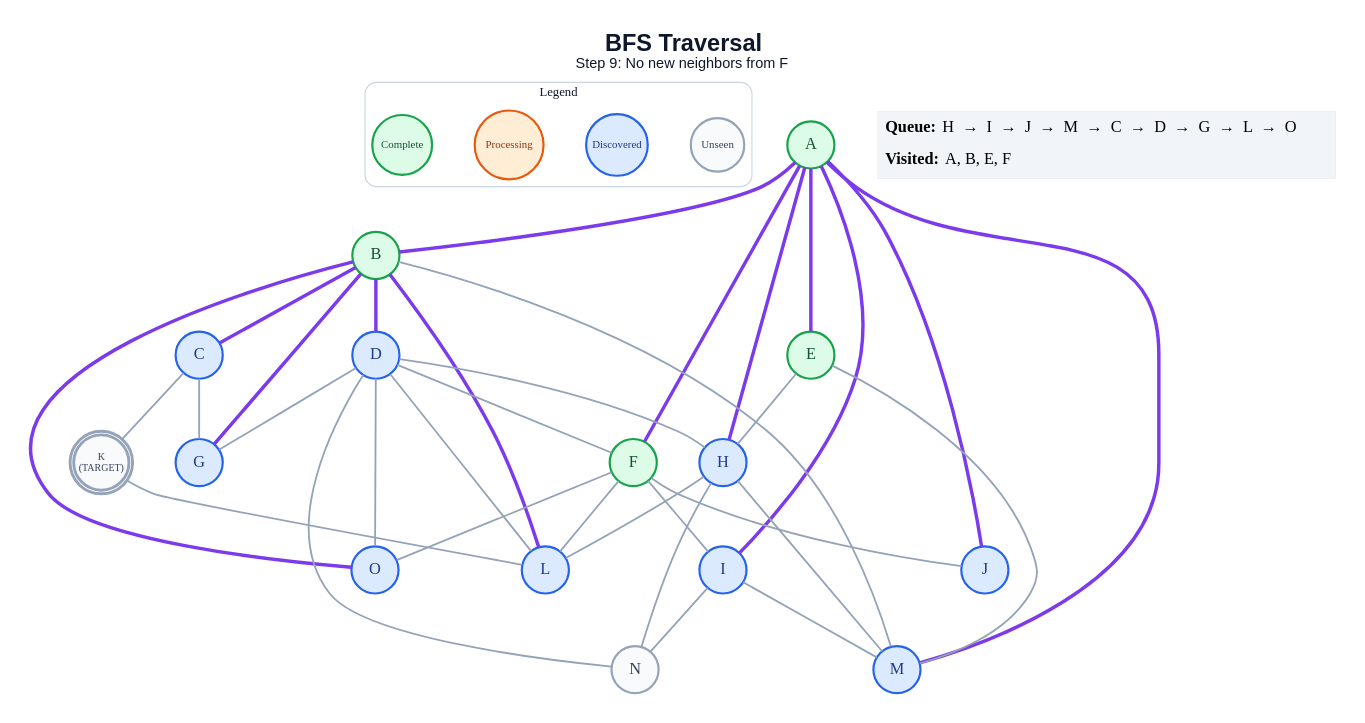
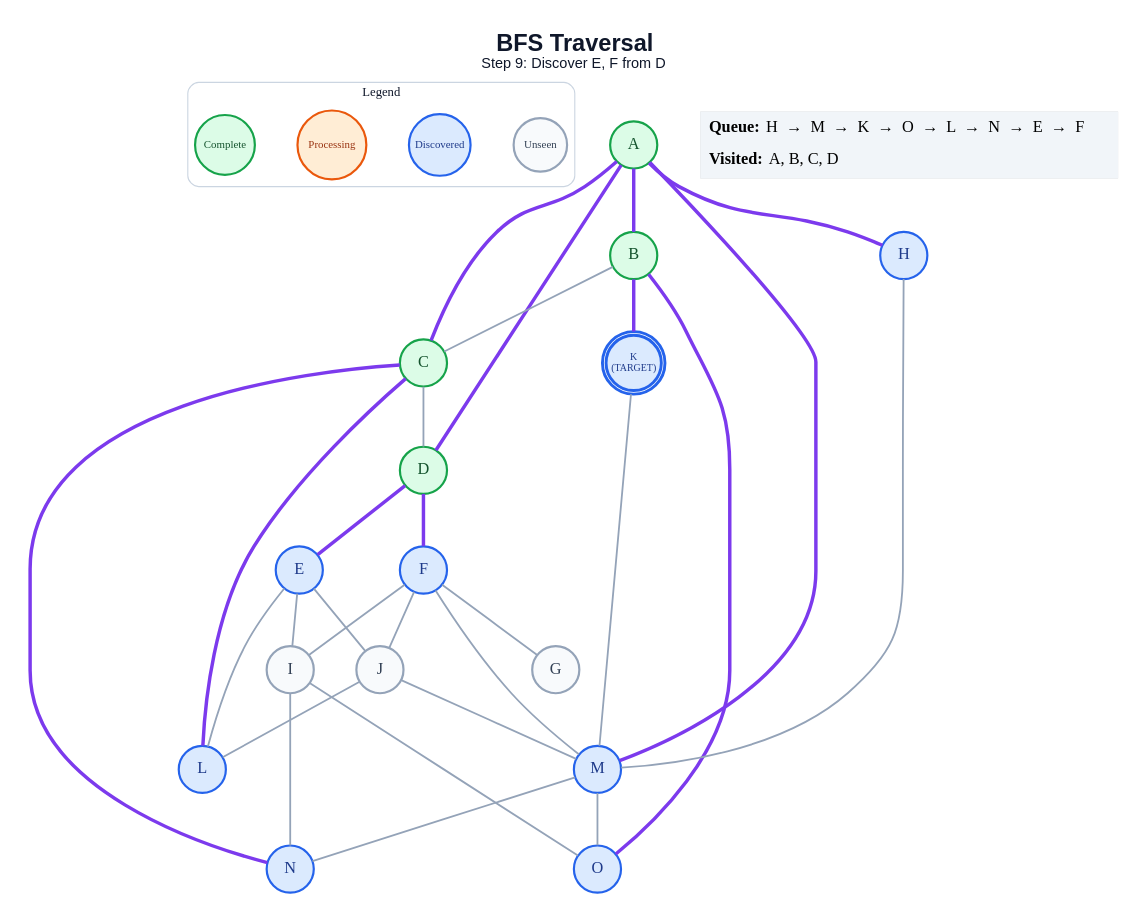
One commit to anon7238593-create/ai-slop changed the diagram in generated/specific-node/bfs/step_09.dot. Above: the diagram before and after it, drawn with Graphviz. The commit also changed 241 other files, not shown here.

```diff
--- a/generated/specific-node/bfs/step_09.dot
+++ b/generated/specific-node/bfs/step_09.dot
@@ -1,67 +1,62 @@
 graph traversal {
   graph [layout=dot, rankdir=TB, bgcolor="#FFFFFF", pad="0.35", nodesep="0.65", ranksep="0.8", fontname="Arial"];
   node [shape=circle, style="filled", fontname="Arial Bold", fontsize=18, width=0.72, fixedsize=true, penwidth=2.4];
   edge [color="#94A3B8", penwidth=2.0];
-  label=<<B>BFS Traversal</B><BR/><FONT POINT-SIZE="16">Step 9: No new neighbors from F</FONT>>; labelloc="t"; fontsize=26; fontname="Arial"; fontcolor="#0F172A";
+  label=<<B>BFS Traversal</B><BR/><FONT POINT-SIZE="16">Step 9: Discover E, F from D</FONT>>; labelloc="t"; fontsize=26; fontname="Arial"; fontcolor="#0F172A";
   subgraph cluster_legend { label="Legend"; color="#CBD5E1"; penwidth=1.2; style="rounded"; fontsize=14; fontname="Arial Bold";
     key_unseen [label="Unseen", fillcolor="#F8FAFC", color="#94A3B8", fontcolor="#334155", fontsize=12, width=0.82];
     key_frontier [label="Discovered", fillcolor="#DBEAFE", color="#2563EB", fontcolor="#1E3A8A", fontsize=12, width=0.95];
     key_current [label="Processing", fillcolor="#FFEDD5", color="#EA580C", fontcolor="#9A3412", fontsize=12, width=1.05];
     key_done [label="Complete", fillcolor="#DCFCE7", color="#16A34A", fontcolor="#14532D", fontsize=12, width=0.92];
     { rank=same; key_unseen; key_frontier; key_current; key_done; }
   }
   A [label="A", fillcolor="#DCFCE7", color="#16A34A", fontcolor="#14532D", peripheries=1, penwidth=2.4];
   B [label="B", fillcolor="#DCFCE7", color="#16A34A", fontcolor="#14532D", peripheries=1, penwidth=2.4];
-  C [label="C", fillcolor="#DBEAFE", color="#2563EB", fontcolor="#1E3A8A", peripheries=1, penwidth=2.4];
-  D [label="D", fillcolor="#DBEAFE", color="#2563EB", fontcolor="#1E3A8A", peripheries=1, penwidth=2.4];
-  E [label="E", fillcolor="#DCFCE7", color="#16A34A", fontcolor="#14532D", peripheries=1, penwidth=2.4];
-  F [label="F", fillcolor="#DCFCE7", color="#16A34A", fontcolor="#14532D", peripheries=1, penwidth=2.4];
-  G [label="G", fillcolor="#DBEAFE", color="#2563EB", fontcolor="#1E3A8A", peripheries=1, penwidth=2.4];
+  C [label="C", fillcolor="#DCFCE7", color="#16A34A", fontcolor="#14532D", peripheries=1, penwidth=2.4];
+  D [label="D", fillcolor="#DCFCE7", color="#16A34A", fontcolor="#14532D", peripheries=1, penwidth=2.4];
+  E [label="E", fillcolor="#DBEAFE", color="#2563EB", fontcolor="#1E3A8A", peripheries=1, penwidth=2.4];
+  F [label="F", fillcolor="#DBEAFE", color="#2563EB", fontcolor="#1E3A8A", peripheries=1, penwidth=2.4];
+  G [label="G", fillcolor="#F8FAFC", color="#94A3B8", fontcolor="#334155", peripheries=1, penwidth=2.4];
   H [label="H", fillcolor="#DBEAFE", color="#2563EB", fontcolor="#1E3A8A", peripheries=1, penwidth=2.4];
-  I [label="I", fillcolor="#DBEAFE", color="#2563EB", fontcolor="#1E3A8A", peripheries=1, penwidth=2.4];
-  J [label="J", fillcolor="#DBEAFE", color="#2563EB", fontcolor="#1E3A8A", peripheries=1, penwidth=2.4];
-  K [label="K\n(TARGET)", fillcolor="#F8FAFC", color="#94A3B8", fontcolor="#334155", peripheries=2, penwidth=3.2, fontsize=11, width=0.85, height=0.85];
+  I [label="I", fillcolor="#F8FAFC", color="#94A3B8", fontcolor="#334155", peripheries=1, penwidth=2.4];
+  J [label="J", fillcolor="#F8FAFC", color="#94A3B8", fontcolor="#334155", peripheries=1, penwidth=2.4];
+  K [label="K\n(TARGET)", fillcolor="#DBEAFE", color="#2563EB", fontcolor="#1E3A8A", peripheries=2, penwidth=3.2, fontsize=11, width=0.85, height=0.85];
   L [label="L", fillcolor="#DBEAFE", color="#2563EB", fontcolor="#1E3A8A", peripheries=1, penwidth=2.4];
   M [label="M", fillcolor="#DBEAFE", color="#2563EB", fontcolor="#1E3A8A", peripheries=1, penwidth=2.4];
-  N [label="N", fillcolor="#F8FAFC", color="#94A3B8", fontcolor="#334155", peripheries=1, penwidth=2.4];
+  N [label="N", fillcolor="#DBEAFE", color="#2563EB", fontcolor="#1E3A8A", peripheries=1, penwidth=2.4];
   O [label="O", fillcolor="#DBEAFE", color="#2563EB", fontcolor="#1E3A8A", peripheries=1, penwidth=2.4];
   A -- B [color="#7C3AED", penwidth=3.8];
-  A -- E [color="#7C3AED", penwidth=3.8];
-  A -- F [color="#7C3AED", penwidth=3.8];
+  A -- C [color="#7C3AED", penwidth=3.8];
+  A -- D [color="#7C3AED", penwidth=3.8];
   A -- H [color="#7C3AED", penwidth=3.8];
-  A -- I [color="#7C3AED", penwidth=3.8];
-  A -- J [color="#7C3AED", penwidth=3.8];
   A -- M [color="#7C3AED", penwidth=3.8];
-  B -- C [color="#7C3AED", penwidth=3.8];
-  B -- D [color="#7C3AED", penwidth=3.8];
-  B -- G [color="#7C3AED", penwidth=3.8];
-  B -- L [color="#7C3AED", penwidth=3.8];
-  B -- M;
+  B -- C;
+  B -- K [color="#7C3AED", penwidth=3.8];
   B -- O [color="#7C3AED", penwidth=3.8];
-  C -- G;
-  C -- K;
-  D -- F;
-  D -- G;
-  D -- H;
-  D -- L;
-  D -- N;
-  D -- O;
-  E -- H;
-  E -- M;
+  C -- D;
+  C -- L [color="#7C3AED", penwidth=3.8];
+  C -- N [color="#7C3AED", penwidth=3.8];
+  D -- E [color="#7C3AED", penwidth=3.8];
+  D -- F [color="#7C3AED", penwidth=3.8];
+  E -- I;
+  E -- J;
+  E -- L;
+  F -- G;
   F -- I;
   F -- J;
-  F -- L;
-  F -- O;
-  H -- L;
+  F -- M;
   H -- M;
-  H -- N;
-  I -- M;
   I -- N;
-  K -- L;
+  I -- O;
+  J -- L;
+  J -- M;
+  K -- M;
+  M -- N;
+  M -- O;
   status [shape=plain, fixedsize=false, width=0, height=0, margin=0, label=<
     <TABLE BORDER="0" CELLBORDER="0" CELLPADDING="7" BGCOLOR="#F1F5F9">
-      <TR><TD ALIGN="LEFT"><B>Queue:</B> H  →  I  →  J  →  M  →  C  →  D  →  G  →  L  →  O</TD></TR>
-      <TR><TD ALIGN="LEFT"><B>Visited:</B> A, B, E, F</TD></TR>
+      <TR><TD ALIGN="LEFT"><B>Queue:</B> H  →  M  →  K  →  O  →  L  →  N  →  E  →  F</TD></TR>
+      <TR><TD ALIGN="LEFT"><B>Visited:</B> A, B, C, D</TD></TR>
     </TABLE>
   >];
 }
```
